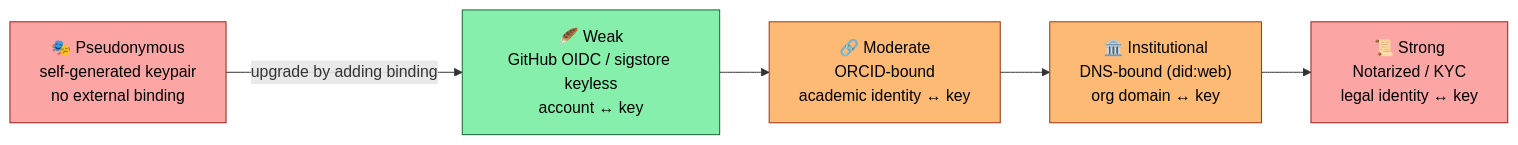
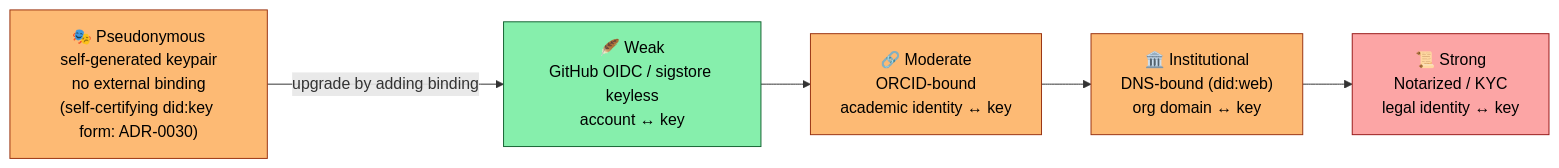
The fourth of 8 diagrams in docs/architecture/end-state-vision.md (npstorey/civic-ai-tools), drawn with Mermaid before and after one commit. The commit also changed other lines of this file and 1 other file, not shown here.

Commit message:
The end-state vision and Q7 record the two designed items
end-state-vision.md: the identity ladder's pseudonymous rung moves from
speculative to designed (the self-certifying did:key form, ADR-0030),
and the Producer Profile glossary entry lists scripted-recomputation
with the raw-bytes/v1 rule as designed per ADR-0029, not built.
open-questions.md: Q7 carries a dated status note pointing at ADR-0029;
it closes when the verify-core entry ships.

Refs npstorey/typedstandards#77

Claude-Session: https://claude.ai/code/session_01XDqq5SwEaQLv7Nro9eeApL

````diff
--- a/docs/architecture/end-state-vision.md
+++ b/docs/architecture/end-state-vision.md
@@ -232,18 +232,18 @@
 ```mermaid
 flowchart LR
-    P["🎭 Pseudonymous<br/>self-generated keypair<br/>no external binding"]:::speculative
+    P["🎭 Pseudonymous<br/>self-generated keypair<br/>no external binding<br/>(self-certifying did:key form: ADR-0030)"]:::designed
     W["🪶 Weak<br/>GitHub OIDC / sigstore keyless<br/>account ↔ key"]:::built
     M["🔗 Moderate<br/>ORCID-bound<br/>academic identity ↔ key"]:::designed
     I["🏛️ Institutional<br/>DNS-bound (did:web)<br/>org domain ↔ key"]:::designed
     S["📜 Strong<br/>Notarized / KYC<br/>legal identity ↔ key"]:::speculative
 
     P -->|"upgrade by adding binding"| W
     W --> M
     M --> I
     I --> S
 
     classDef built fill:#86efac,stroke:#166534,color:#000
     classDef partial fill:#fde68a,stroke:#92400e,color:#000
     classDef designed fill:#fdba74,stroke:#9a3412,color:#000
     classDef speculative fill:#fca5a5,stroke:#991b1b,color:#000
 ```
````
